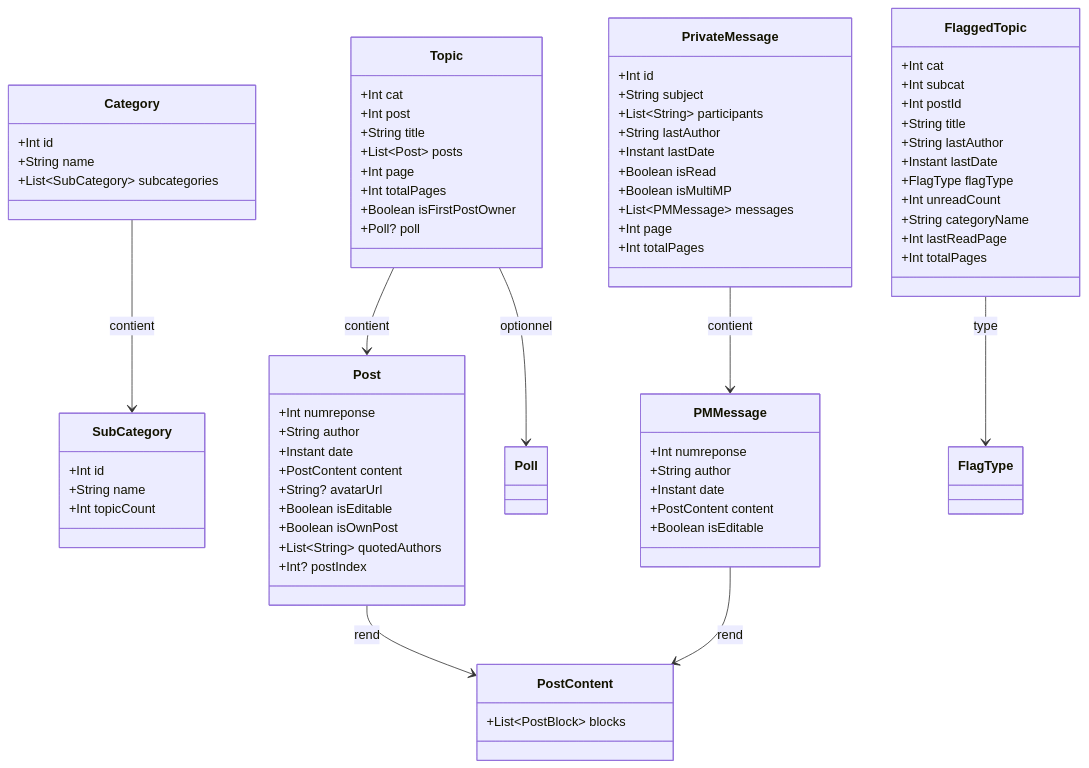
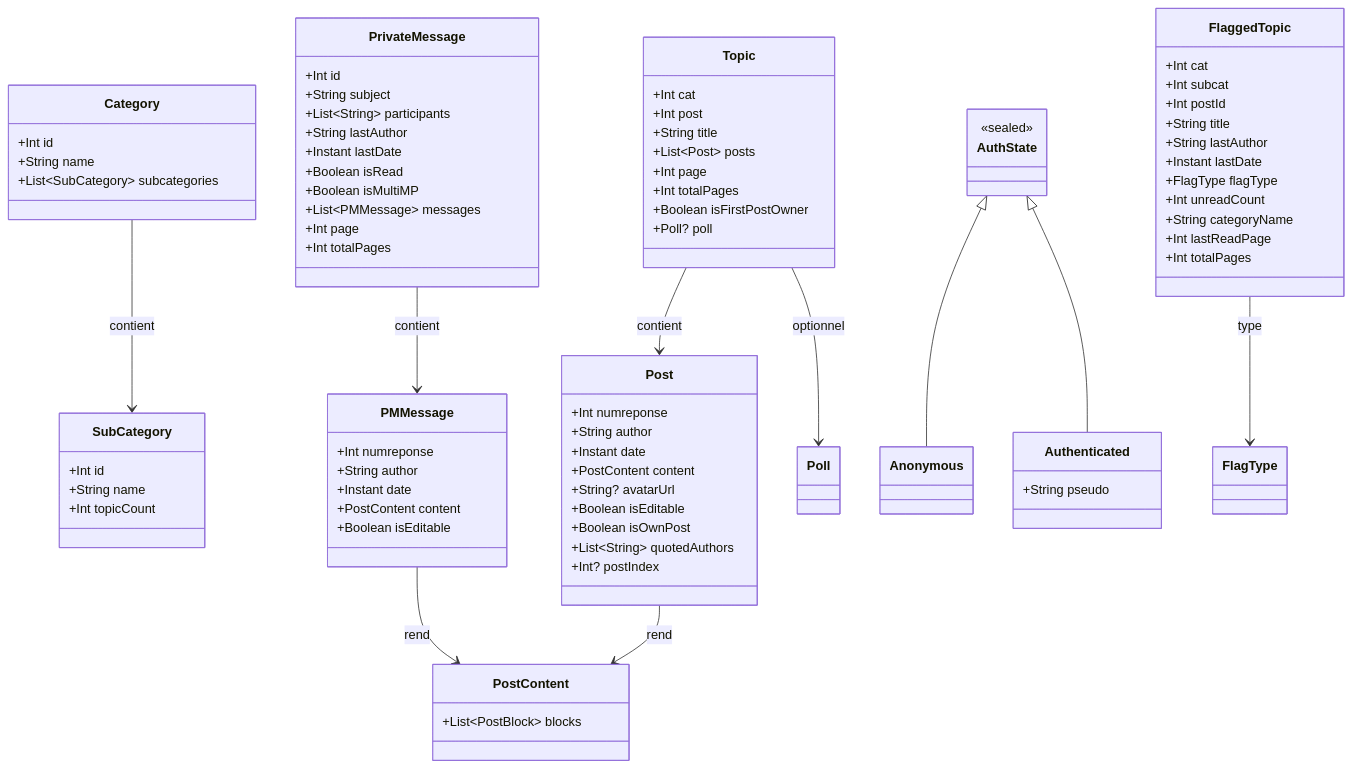
The diagram in docs/specs/models.md (ForumHFR/redface2), drawn with Mermaid before and after one commit. The commit also changed other lines of this file and 56 other files, not shown here.

````diff
--- a/docs/specs/models.md
+++ b/docs/specs/models.md
@@ -104,6 +104,16 @@
         +Boolean isEditable
     }
 
+    class AuthState {
+        <<sealed>>
+    }
+
+    class Authenticated {
+        +String pseudo
+    }
+
+    class Anonymous
+
     Topic --> Post : contient
     Post --> PostContent : rend
     PrivateMessage --> PMMessage : contient
@@ -111,4 +121,6 @@
     Topic --> Poll : optionnel
     Category --> SubCategory : contient
     FlaggedTopic --> FlagType : type
+    AuthState <|-- Anonymous
+    AuthState <|-- Authenticated
 ```
````
